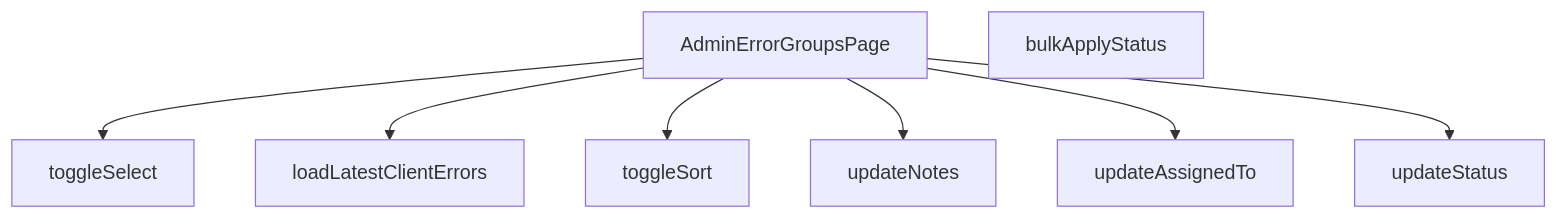
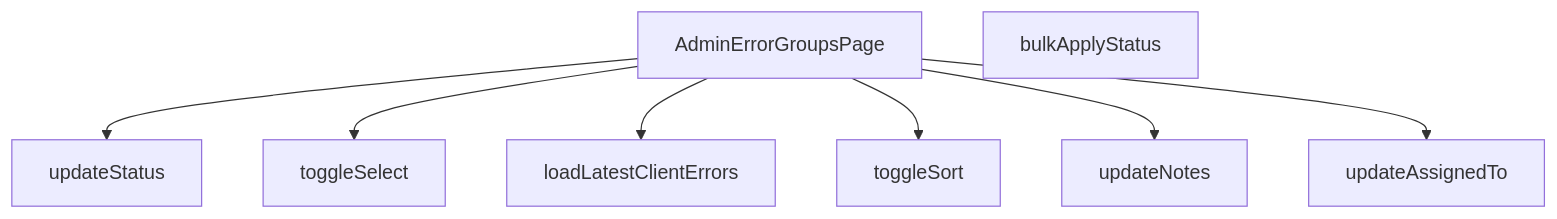
The diagram in src/views/admin/AdminErrorGroupsPage.md (peckop/venthub-hvac-esite), drawn with Mermaid before and after one commit. The commit also changed other lines of this file and 723 other files, not shown here.

````diff
--- a/src/views/admin/AdminErrorGroupsPage.md
+++ b/src/views/admin/AdminErrorGroupsPage.md
@@ -211,17 +209,17 @@
 ```mermaid
 graph TD
     AdminErrorGroupsPage_tsx__AdminErrorGroupsPage["AdminErrorGroupsPage"]
     AdminErrorGroupsPage_tsx__bulkApplyStatus["bulkApplyStatus"]
     AdminErrorGroupsPage_tsx__loadLatestClientErrors["loadLatestClientErrors"]
     AdminErrorGroupsPage_tsx__toggleSelect["toggleSelect"]
     AdminErrorGroupsPage_tsx__toggleSort["toggleSort"]
     AdminErrorGroupsPage_tsx__updateAssignedTo["updateAssignedTo"]
     AdminErrorGroupsPage_tsx__updateNotes["updateNotes"]
     AdminErrorGroupsPage_tsx__updateStatus["updateStatus"]
+    AdminErrorGroupsPage_tsx__AdminErrorGroupsPage --> AdminErrorGroupsPage_tsx__updateStatus
     AdminErrorGroupsPage_tsx__AdminErrorGroupsPage --> AdminErrorGroupsPage_tsx__toggleSelect
     AdminErrorGroupsPage_tsx__AdminErrorGroupsPage --> AdminErrorGroupsPage_tsx__loadLatestClientErrors
     AdminErrorGroupsPage_tsx__AdminErrorGroupsPage --> AdminErrorGroupsPage_tsx__toggleSort
     AdminErrorGroupsPage_tsx__AdminErrorGroupsPage --> AdminErrorGroupsPage_tsx__updateNotes
     AdminErrorGroupsPage_tsx__AdminErrorGroupsPage --> AdminErrorGroupsPage_tsx__updateAssignedTo
-    AdminErrorGroupsPage_tsx__AdminErrorGroupsPage --> AdminErrorGroupsPage_tsx__updateStatus
 ```
````
